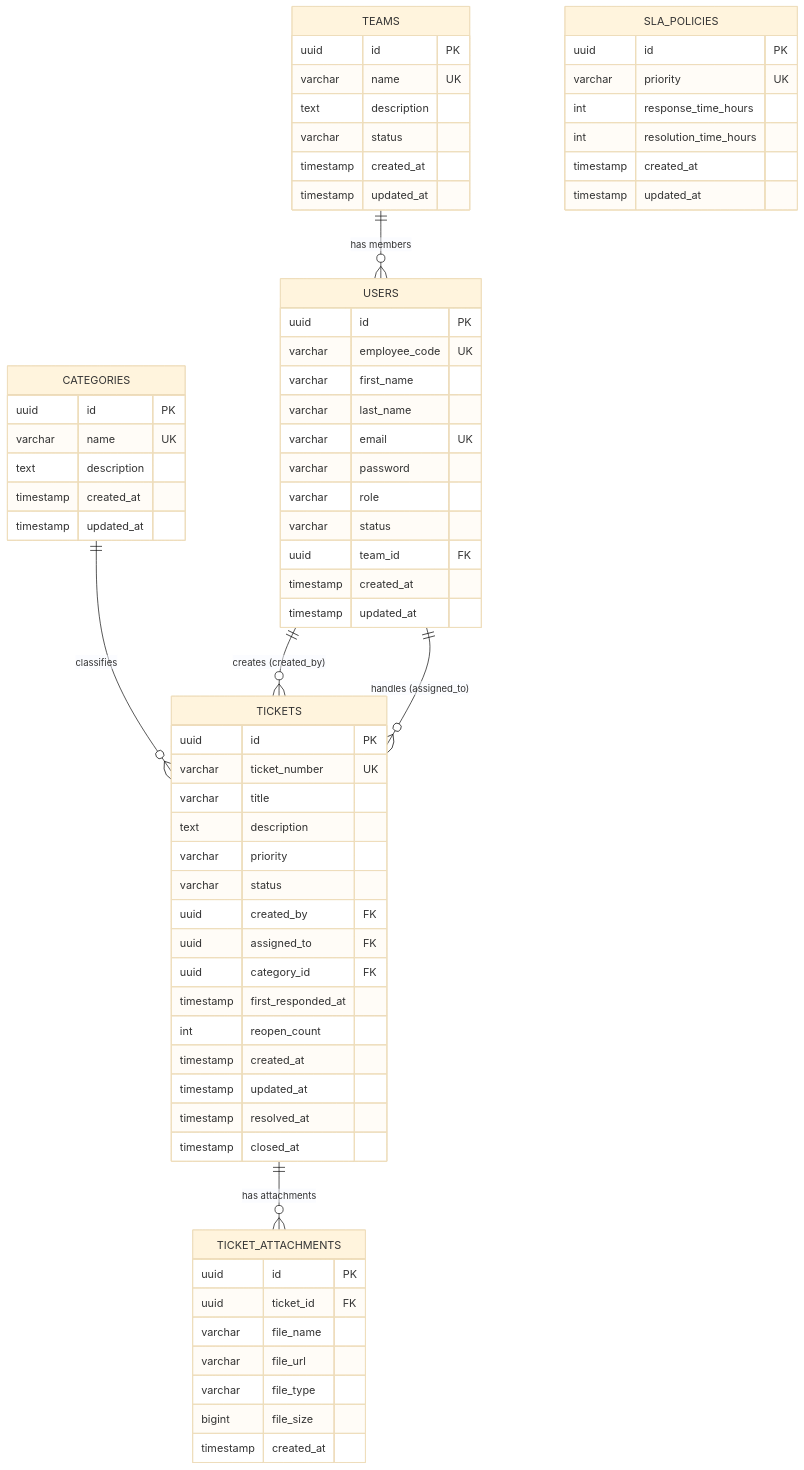
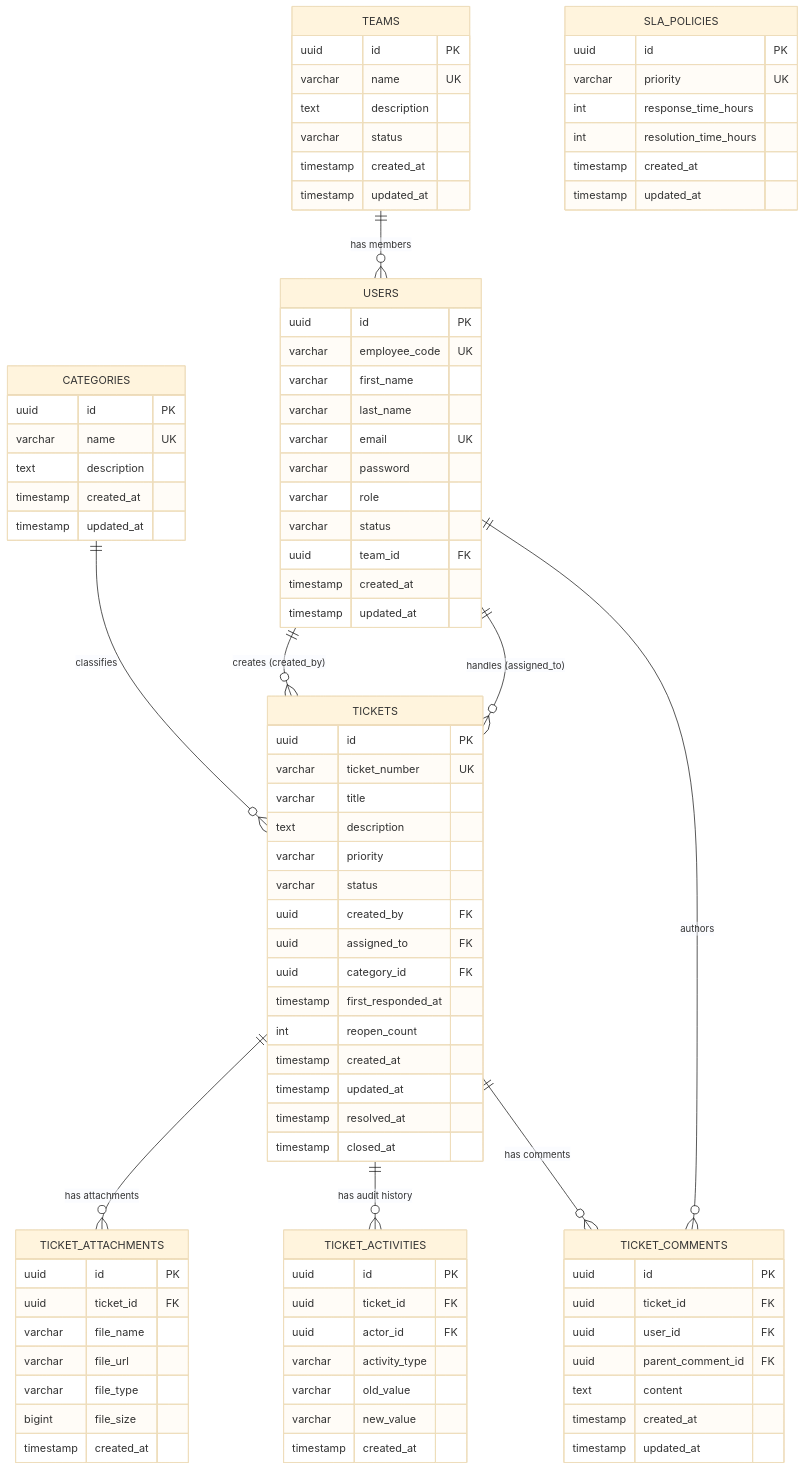
Before and after one commit to kommagallashivanand-maker/deskfloebackenddeployment: the diagram in README.md, drawn with Mermaid (base theme). The commit also changed other lines of this file, not shown here.

Commit message:
docs: update README.md with 7-table database ERD and comments/activities API specs

````diff
--- a/README.md
+++ b/README.md
@@ -15,6 +15,9 @@
     USERS ||--o{ TICKETS : "creates (created_by)"
     USERS ||--o{ TICKETS : "handles (assigned_to)"
     TICKETS ||--o{ TICKET_ATTACHMENTS : "has attachments"
+    TICKETS ||--o{ TICKET_ACTIVITIES : "has audit history"
+    TICKETS ||--o{ TICKET_COMMENTS : "has comments"
+    USERS ||--o{ TICKET_COMMENTS : "authors"
 
     TEAMS {
         uuid id PK
@@ -83,4 +86,24 @@
         bigint file_size
         timestamp created_at
     }
+
+    TICKET_ACTIVITIES {
+        uuid id PK
+        uuid ticket_id FK
+        uuid actor_id FK
+        varchar activity_type
+        varchar old_value
+        varchar new_value
+        timestamp created_at
+    }
+
+    TICKET_COMMENTS {
+        uuid id PK
+        uuid ticket_id FK
+        uuid user_id FK
+        uuid parent_comment_id FK
+        text content
+        timestamp created_at
+        timestamp updated_at
+    }
 ```
````
